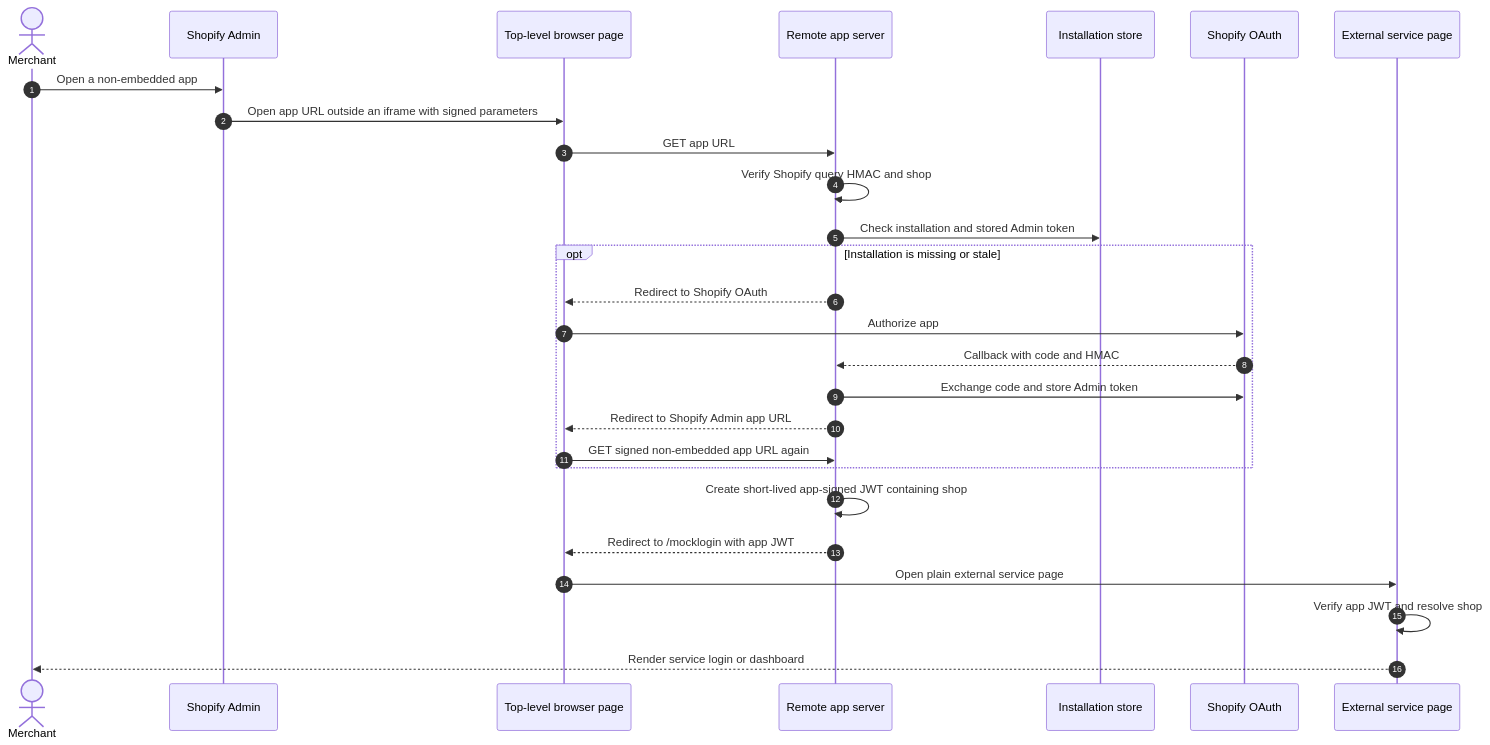
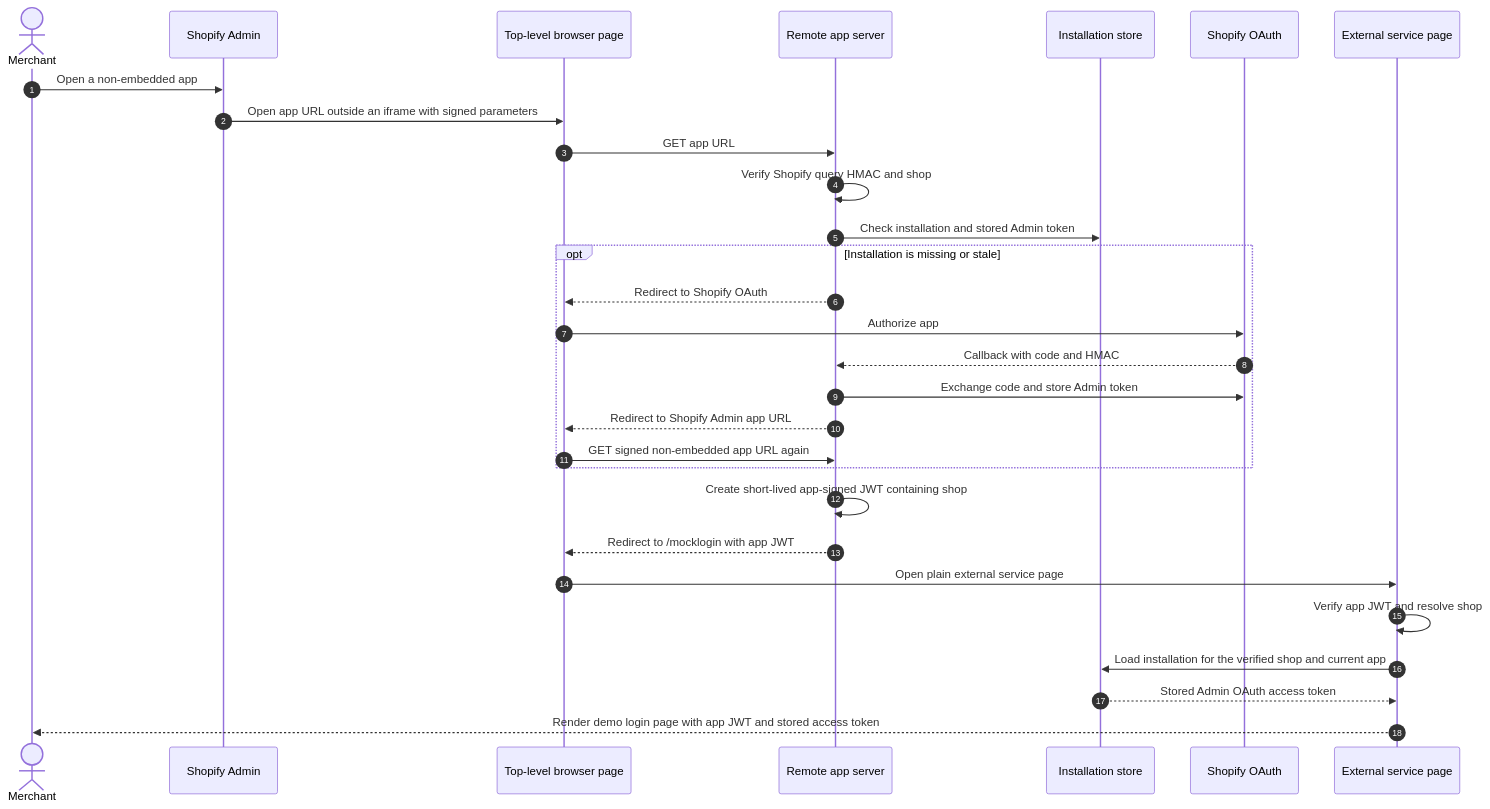
One commit to benzookapi/shopify-barebone-app-sample changed the second of 7 diagrams in docs/00-ARCHITECTURE.md. Above: the diagram before and after it, drawn with Mermaid. The commit also changed other lines of this file and 2 other files, not shown here.

Commit message:
Document test-store token display in connector and POS flows

````diff
--- a/docs/00-ARCHITECTURE.md
+++ b/docs/00-ARCHITECTURE.md
@@ -60,30 +60,32 @@
 ```mermaid
 sequenceDiagram
     autonumber
     actor Merchant
     participant Admin as Shopify Admin
     participant Browser as Top-level browser page
     participant App as Remote app server
     participant Store as Installation store
     participant OAuth as Shopify OAuth
     participant Service as External service page
 
     Merchant->>Admin: Open a non-embedded app
     Admin->>Browser: Open app URL outside an iframe with signed parameters
     Browser->>App: GET app URL
     App->>App: Verify Shopify query HMAC and shop
     App->>Store: Check installation and stored Admin token
     opt Installation is missing or stale
         App-->>Browser: Redirect to Shopify OAuth
         Browser->>OAuth: Authorize app
         OAuth-->>App: Callback with code and HMAC
         App->>OAuth: Exchange code and store Admin token
         App-->>Browser: Redirect to Shopify Admin app URL
         Browser->>App: GET signed non-embedded app URL again
     end
     App->>App: Create short-lived app-signed JWT containing shop
     App-->>Browser: Redirect to /mocklogin with app JWT
     Browser->>Service: Open plain external service page
     Service->>Service: Verify app JWT and resolve shop
-    Service-->>Merchant: Render service login or dashboard
+    Service->>Store: Load installation for the verified shop and current app
+    Store-->>Service: Stored Admin OAuth access token
+    Service-->>Merchant: Render demo login page with app JWT and stored access token
 ```
````
